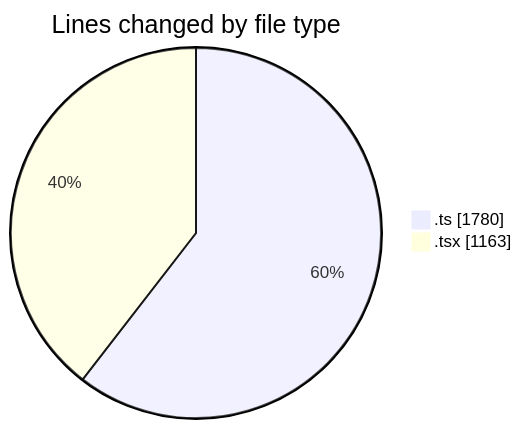
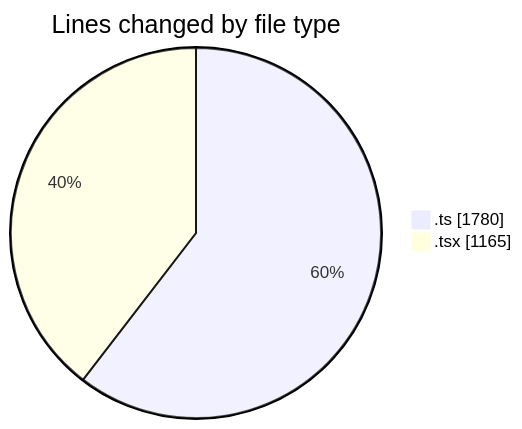
One commit to JenPaints/code-tracking changed the first of 2 diagrams in 2025-06-22/archive/README.md. Above: the diagram before and after it, drawn with Mermaid. The commit also changed other lines of this file and 1 other file, not shown here.

````diff
--- a/2025-06-22/archive/README.md
+++ b/2025-06-22/archive/README.md
@@ -26,6 +26,6 @@
 ```mermaid
 pie showData
 title Lines changed by file type
 ".ts" : 1780
-".tsx" : 1163
+".tsx" : 1165
 ```
````
